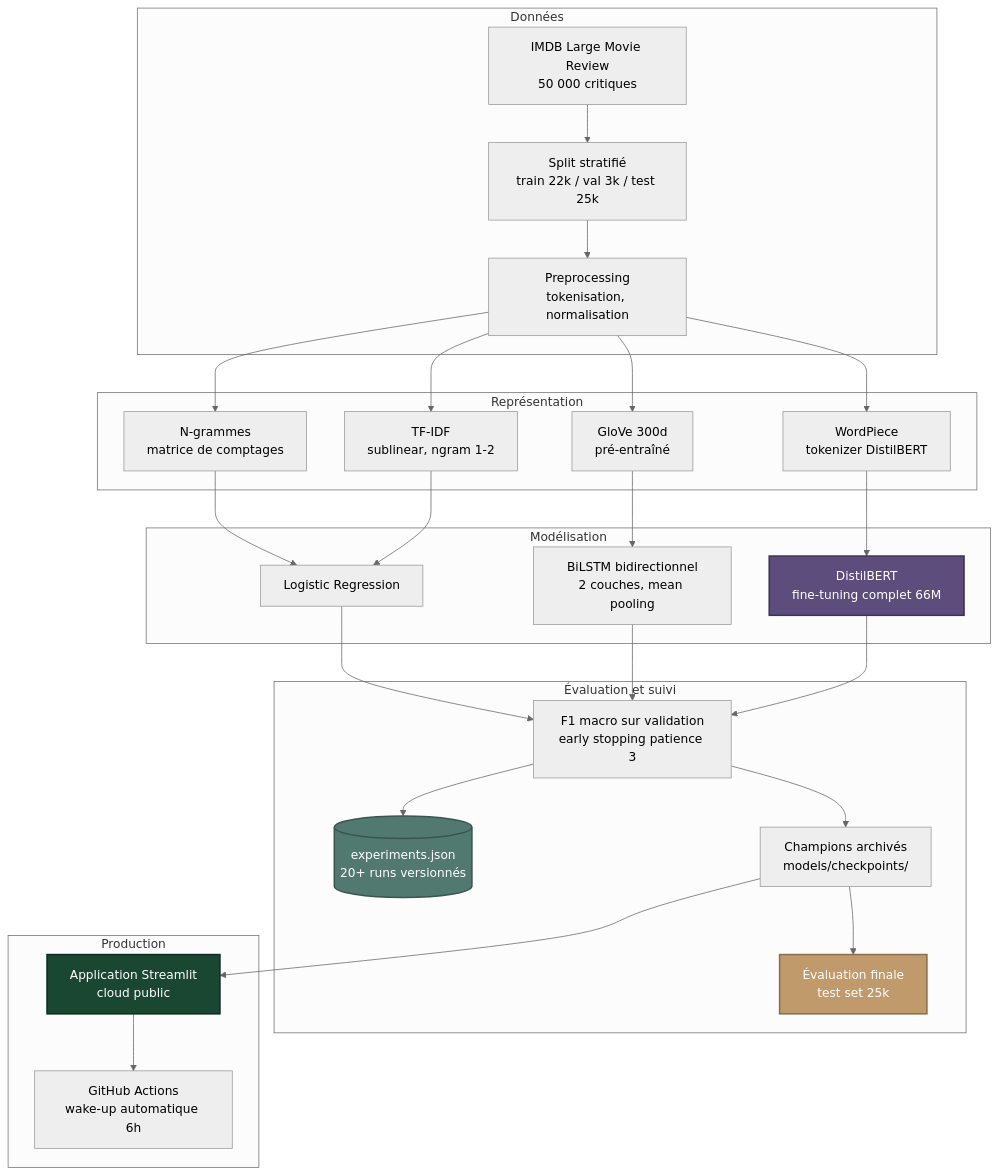
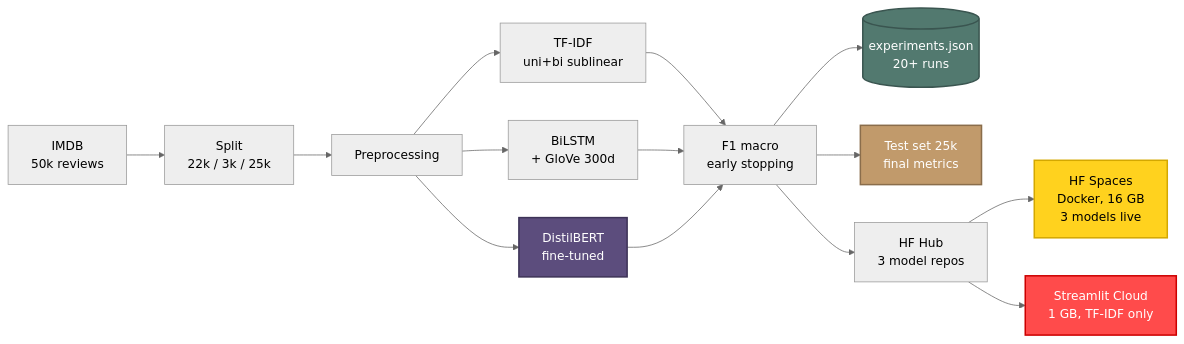
The diagram in README.md (sandraFogang/nlp-sentiment-classification), drawn with Mermaid (neutral theme) before and after one commit. The commit also changed other lines of this file and 9 other files, not shown here.

````diff
--- a/README.md
+++ b/README.md
@@ -103,55 +101,26 @@
 ```mermaid
-flowchart TB
-    subgraph DATA["Données"]
-        A[IMDB Large Movie Review<br/>50 000 critiques]
-        A --> B[Split stratifié<br/>train 22k / val 3k / test 25k]
-        B --> C[Preprocessing<br/>tokenisation, normalisation]
-    end
+flowchart LR
+    A[IMDB<br/>50k reviews] --> B[Split<br/>22k / 3k / 25k]
+    B --> C[Preprocessing]
 
-    subgraph FEAT["Représentation"]
-        D[N-grammes<br/>matrice de comptages]
-        E[TF-IDF<br/>sublinear, ngram 1-2]
-        F[GloVe 300d<br/>pré-entraîné]
-        G[WordPiece<br/>tokenizer DistilBERT]
-    end
+    C --> D[TF-IDF<br/>uni+bi sublinear]
+    C --> E[BiLSTM<br/>+ GloVe 300d]
+    C --> F[DistilBERT<br/>fine-tuned]
 
-    subgraph MODELS["Modélisation"]
-        H[Logistic Regression]
-        I[BiLSTM bidirectionnel<br/>2 couches, mean pooling]
-        J[DistilBERT<br/>fine-tuning complet 66M]
-    end
+    D --> G[F1 macro<br/>early stopping]
+    E --> G
+    F --> G
 
-    subgraph EVAL["Évaluation et suivi"]
-        K[F1 macro sur validation<br/>early stopping patience 3]
-        L[(experiments.json<br/>20+ runs versionnés)]
-        M[Champions archivés<br/>models/checkpoints/]
-        N[Évaluation finale<br/>test set 25k]
-    end
+    G --> H[(experiments.json<br/>20+ runs)]
+    G --> I[Test set 25k<br/>final metrics]
 
-    subgraph PROD["Production"]
-        O[Application Streamlit<br/>cloud public]
-        P[GitHub Actions<br/>wake-up automatique 6h]
-    end
+    G --> J[HF Hub<br/>3 model repos]
+    J --> K[HF Spaces<br/>Docker, 16 GB<br/>3 models live]
+    J --> L[Streamlit Cloud<br/>1 GB, TF-IDF only]
 
-    C --> D
-    C --> E
-    C --> F
-    C --> G
-    D --> H
-    E --> H
-    F --> I
-    G --> J
-    H --> K
-    I --> K
-    J --> K
-    K --> L
-    K --> M
-    M --> N
-    M --> O
-    O --> P
-
-    style J fill:#5C4D7D,color:#fff,stroke:#3D3357,stroke-width:2px
-    style N fill:#C19A6B,color:#fff,stroke:#8A6D4B,stroke-width:2px
-    style O fill:#1A4732,color:#fff,stroke:#0F2D1F,stroke-width:2px
-    style L fill:#52796F,color:#fff,stroke:#3A5550,stroke-width:2px
+    style F fill:#5C4D7D,color:#fff,stroke:#3D3357,stroke-width:2px
+    style I fill:#C19A6B,color:#fff,stroke:#8A6D4B,stroke-width:2px
+    style K fill:#FFD21E,color:#000,stroke:#D4A800,stroke-width:2px
+    style L fill:#FF4B4B,color:#fff,stroke:#CC0000,stroke-width:2px
+    style H fill:#52796F,color:#fff,stroke:#3A5550,stroke-width:2px
 ```
````
